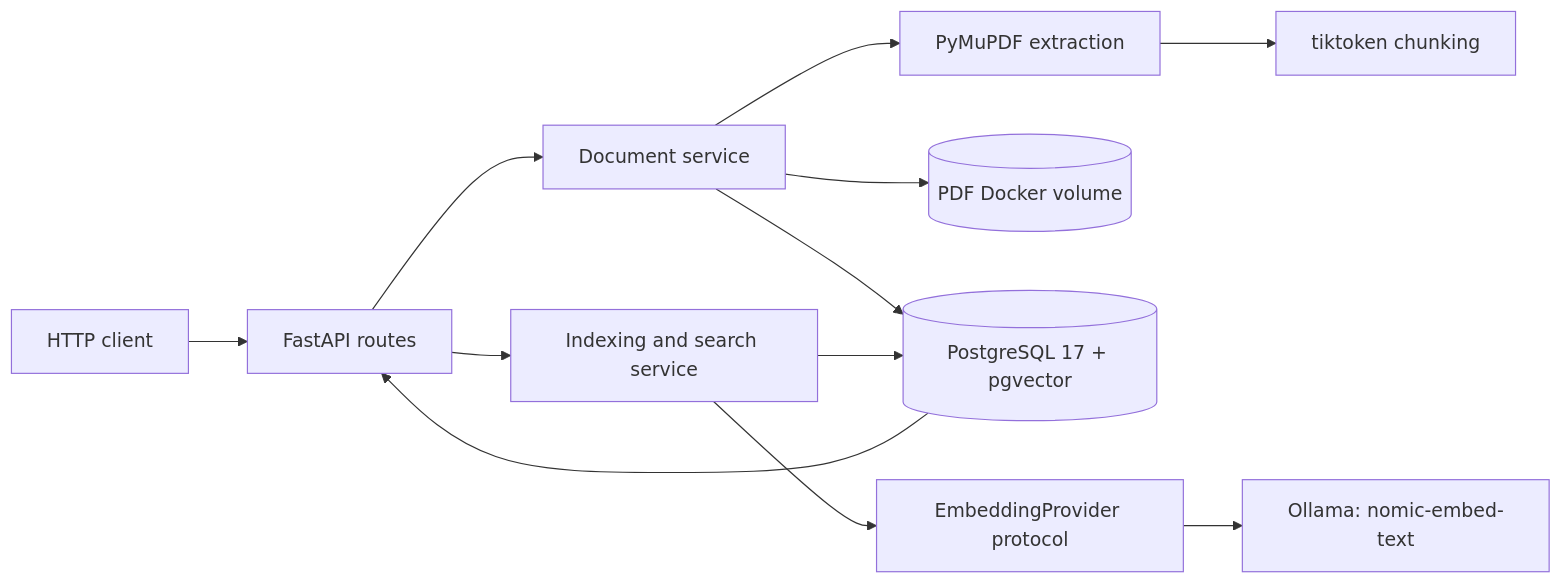
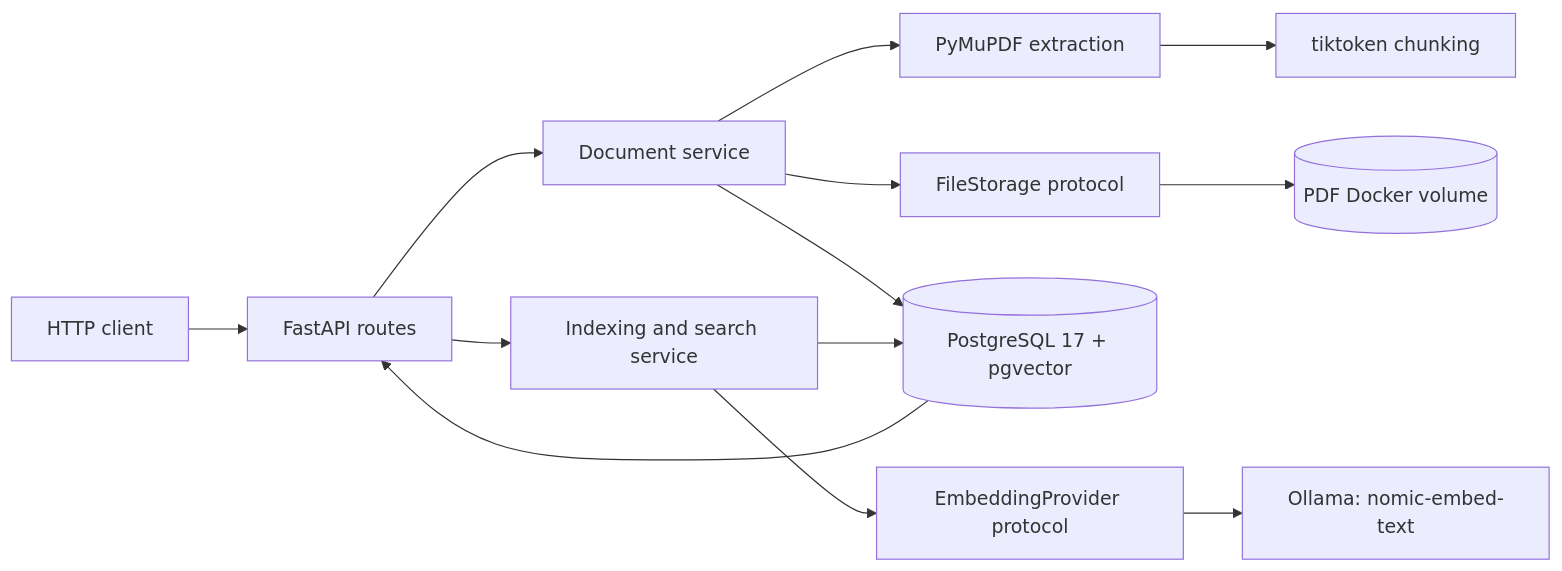
Before and after one commit to laszlokiss88/garden-center-api: the first of 2 diagrams in docs/architecture.md, drawn with Mermaid. The commit also changed other lines of this file and 12 other files, not shown here.

````diff
--- a/docs/architecture.md
+++ b/docs/architecture.md
@@ -9,14 +9,15 @@
 ```mermaid
 flowchart LR
     Client[HTTP client] --> API[FastAPI routes]
     API --> DS[Document service]
     DS --> PDF[PyMuPDF extraction]
     PDF --> Chunk[tiktoken chunking]
-    DS --> Files[(PDF Docker volume)]
+    DS --> Storage[FileStorage protocol]
+    Storage --> Files[(PDF Docker volume)]
     DS --> DB[(PostgreSQL 17 + pgvector)]
     API --> SS[Indexing and search service]
     SS --> EP[EmbeddingProvider protocol]
     EP --> Ollama[Ollama: nomic-embed-text]
     SS --> DB
     DB --> API
 ```
````
